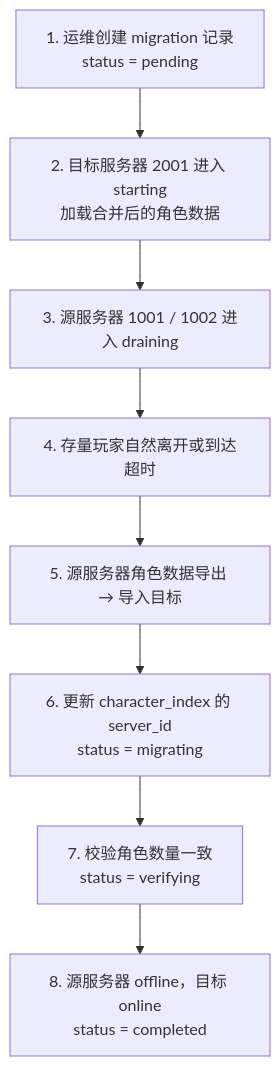
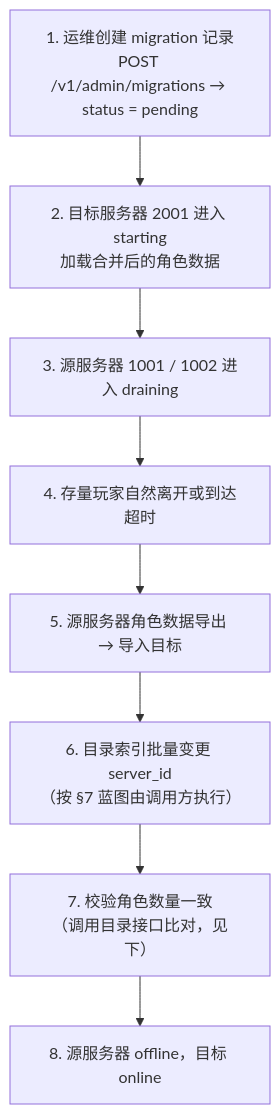
The second of 6 diagrams in docs/migration.md (cuihairu/atlas), drawn with Mermaid before and after one commit. The commit also changed other lines of this file and 6 other files, not shown here.

````diff
--- a/docs/migration.md
+++ b/docs/migration.md
@@ -38,12 +38,12 @@
 ```mermaid
 flowchart TB
-    S1["1. 运维创建 migration 记录<br/>status = pending"]
+    S1["1. 运维创建 migration 记录<br/>POST /v1/admin/migrations → status = pending"]
     S2["2. 目标服务器 2001 进入 starting<br/>加载合并后的角色数据"]
     S3["3. 源服务器 1001 / 1002 进入 draining"]
     S4["4. 存量玩家自然离开或到达超时"]
     S5["5. 源服务器角色数据导出 → 导入目标"]
-    S6["6. 更新 character_index 的 server_id<br/>status = migrating"]
-    S7["7. 校验角色数量一致<br/>status = verifying"]
-    S8["8. 源服务器 offline，目标 online<br/>status = completed"]
+    S6["6. 目录索引批量变更 server_id<br/>（按 §7 蓝图由调用方执行）"]
+    S7["7. 校验角色数量一致<br/>（调用目录接口比对，见下）"]
+    S8["8. 源服务器 offline，目标 online"]
     S1 --> S2 --> S3 --> S4 --> S5 --> S6 --> S7 --> S8
 ```
````
